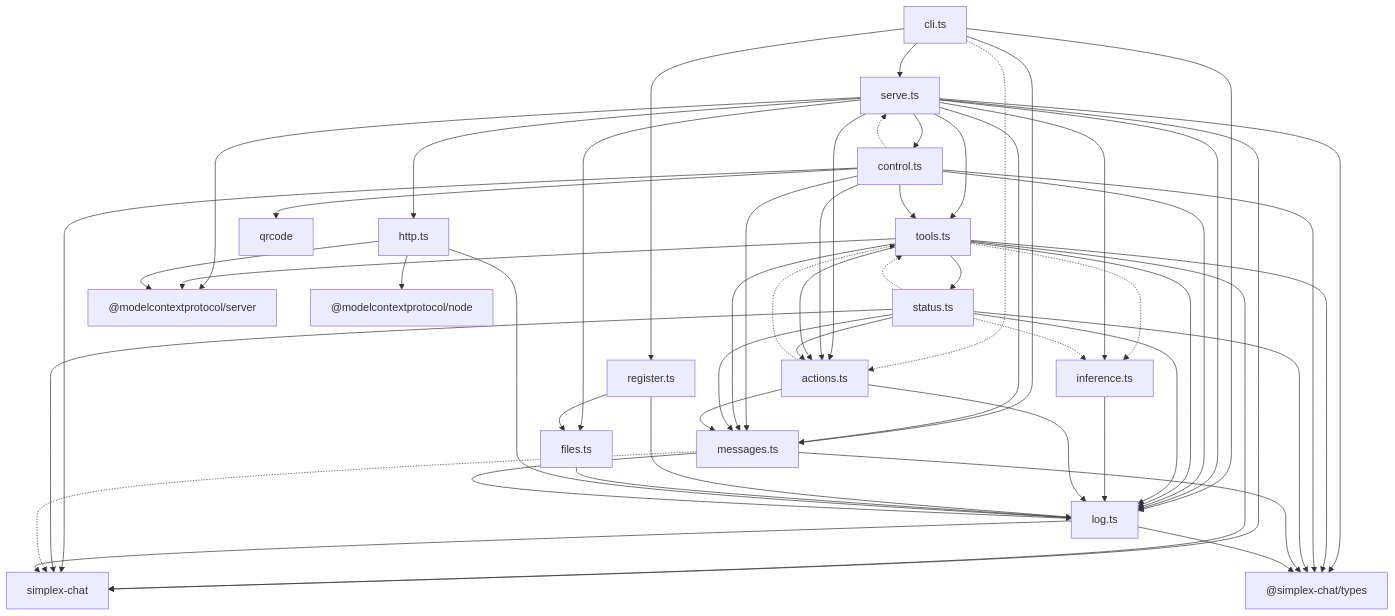
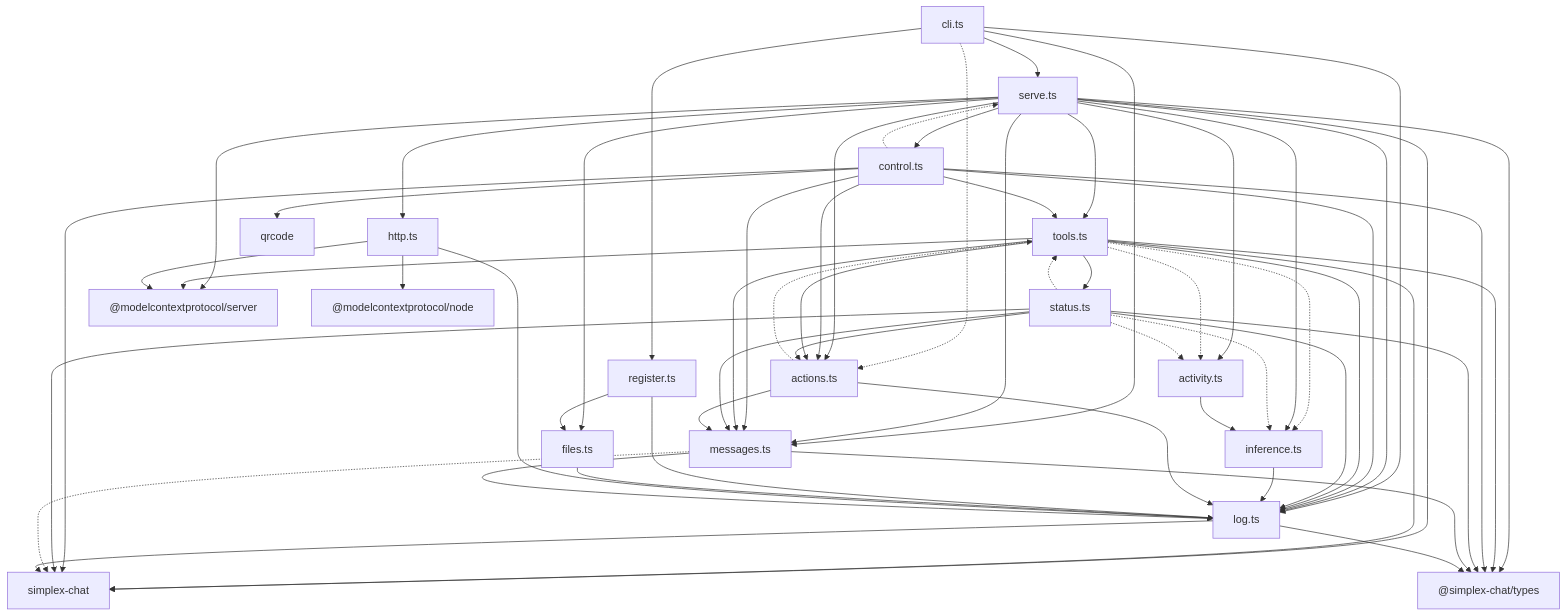
One commit to simplex-chat/simplex-chat changed the diagram in packages/simplex-chat-mcp/spec/README.md. Above: the diagram before and after it, drawn with Mermaid. The commit also changed other lines of this file and 7 other files, not shown here.

Commit message:
docs: Claude Code activity in the MCP live status

````diff
--- a/packages/simplex-chat-mcp/spec/README.md
+++ b/packages/simplex-chat-mcp/spec/README.md
@@ -36,57 +38,61 @@
 ```mermaid
 graph TD
   cli["cli.ts"] --> serve["serve.ts"]
   cli --> register["register.ts"]
   cli --> messages["messages.ts"]
   cli --> log["log.ts"]
   cli -.-> actions["actions.ts"]
   serve --> control["control.ts"]
   serve --> tools["tools.ts"]
   serve --> actions
   serve --> http["http.ts"]
   serve --> files["files.ts"]
   serve --> messages
   serve --> log
   control --> tools
   control --> actions
   control --> messages
   control --> log
   control -.-> serve
   tools --> actions
   tools --> messages
   tools --> log
   tools --> status["status.ts"]
   tools -.-> inference["inference.ts"]
   serve --> inference
+  serve --> activity["activity.ts"]
+  tools -.-> activity
   status --> actions
   status --> messages
   status --> log
   status -.-> tools
   status -.-> inference
+  status -.-> activity
+  activity --> inference
   inference --> log
   actions --> messages
   actions --> log
   actions -.-> tools
   register --> files
   register --> log
   files --> log
   http --> log
   messages --> log
   serve --> sc["simplex-chat"]
   tools --> sc
   control --> sc
   status --> sc
   messages -.-> sc
   log --> sc
   serve --> types["@simplex-chat/types"]
   tools --> types
   control --> types
   status --> types
   messages --> types
   log --> types
   serve --> mcps["@modelcontextprotocol/server"]
   tools --> mcps
   http --> mcps
   http --> mcpn["@modelcontextprotocol/node"]
   control --> qr["qrcode"]
 ```
````
